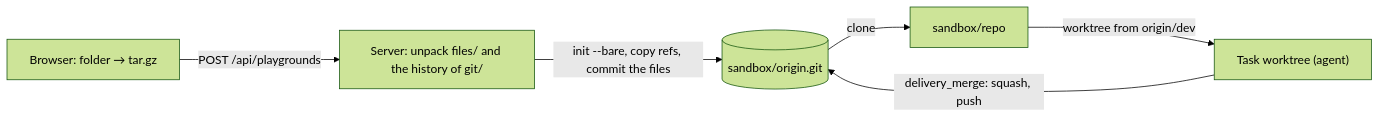
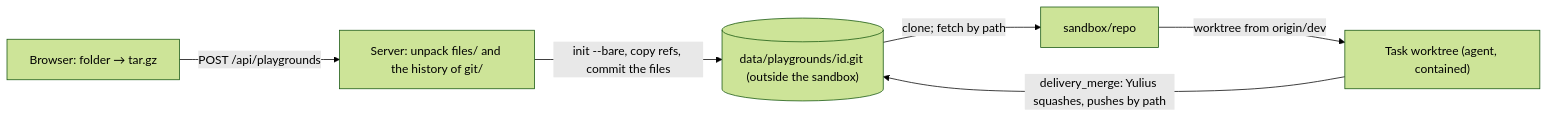
The sixth of 18 diagrams in docs/architecture.md (Quartio-Studio/yulius), drawn with Mermaid (forest theme) before and after one commit. The commit also changed other lines of this file and 16 other files, not shown here.

First line of the commit message:
fix(sandboxes): a playground's origin lives outside its sandbox; archives are bounded before use (SPEC-099)

````diff
--- a/docs/architecture.md
+++ b/docs/architecture.md
@@ -164,8 +166,8 @@
 ```mermaid
 flowchart LR
   B["Browser: folder → tar.gz"] -->|"POST /api/playgrounds"| S["Server: unpack files/ and the history of git/"]
-  S -->|"init --bare, copy refs, commit the files"| O[("sandbox/origin.git")]
-  O -->|clone| R["sandbox/repo"]
-  R -->|"worktree from origin/dev"| T["Task worktree (agent)"]
-  T -->|"delivery_merge: squash, push"| O
+  S -->|"init --bare, copy refs, commit the files"| O[("data/playgrounds/id.git (outside the sandbox)")]
+  O -->|"clone; fetch by path"| R["sandbox/repo"]
+  R -->|"worktree from origin/dev"| T["Task worktree (agent, contained)"]
+  T -->|"delivery_merge: Yulius squashes, pushes by path"| O
 ```
````
